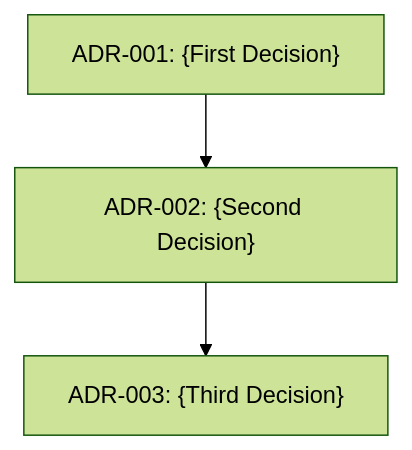
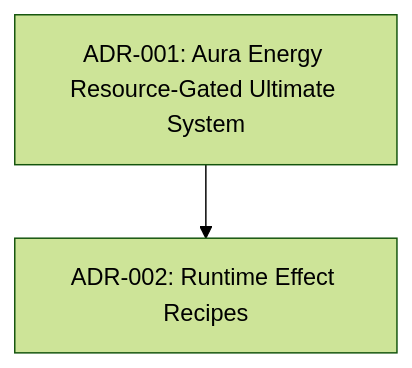
The diagram in Docs_JJK/3_Outputs/ADRs/README.md (NattaponKhuenkeaw/Thesis_), drawn with Mermaid (forest theme) before and after one commit. The commit also changed other lines of this file and 466 other files, not shown here.

Commit message:
refactor{RuntimeEffect}:TrainingDebug/RTDefinition/Kyo

````diff
--- a/Docs_JJK/3_Outputs/ADRs/README.md
+++ b/Docs_JJK/3_Outputs/ADRs/README.md
@@ -7,8 +7,6 @@
 ```mermaid
 graph TD
-    ADR001["ADR-001: {First Decision}"]
-    ADR002["ADR-002: {Second Decision}"]
-    ADR003["ADR-003: {Third Decision}"]
+    ADR001["ADR-001: Aura Energy Resource-Gated Ultimate System"]
+    ADR002["ADR-002: Runtime Effect Recipes"]
     ADR001 --> ADR002
-    ADR002 --> ADR003
 ```
````
